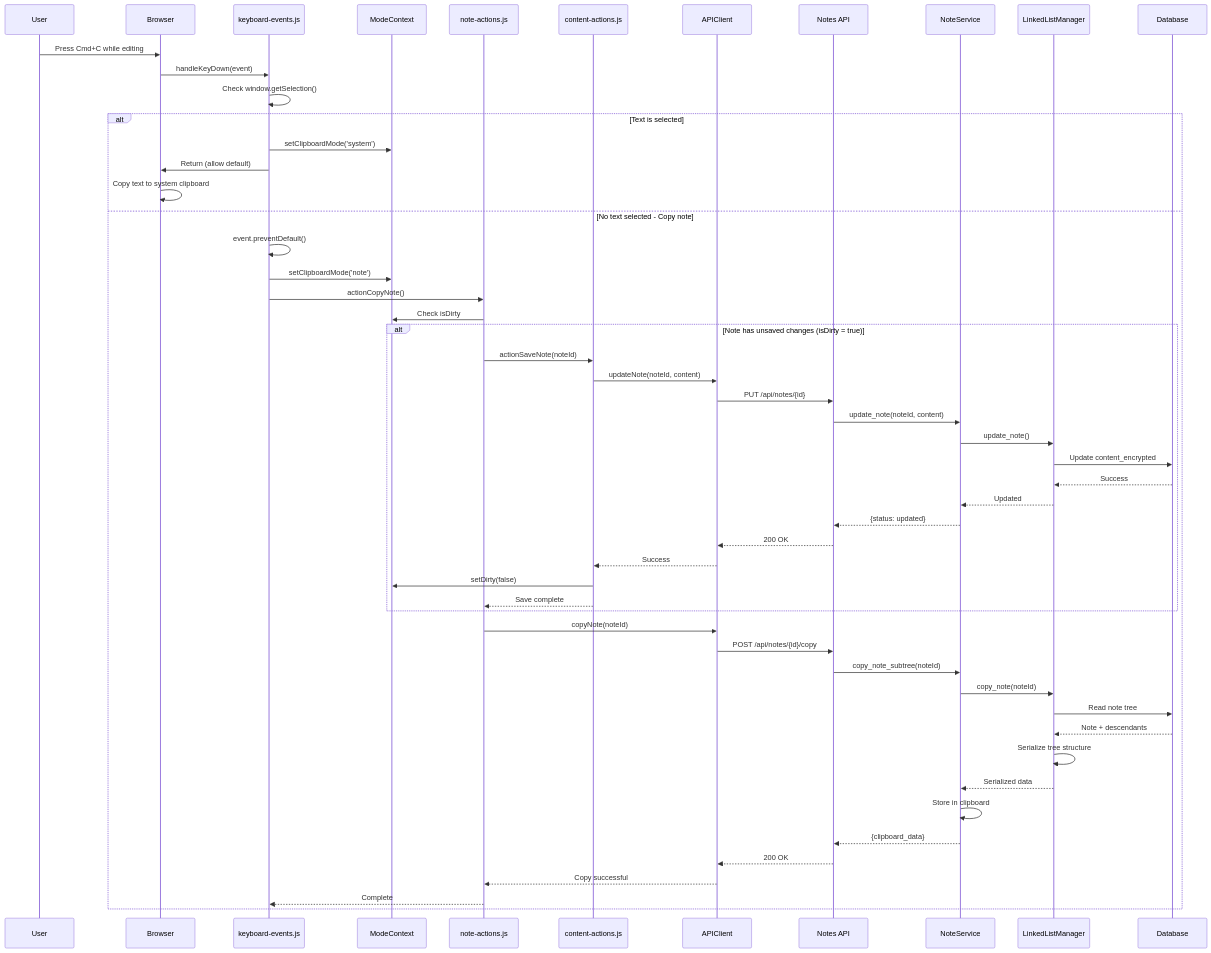
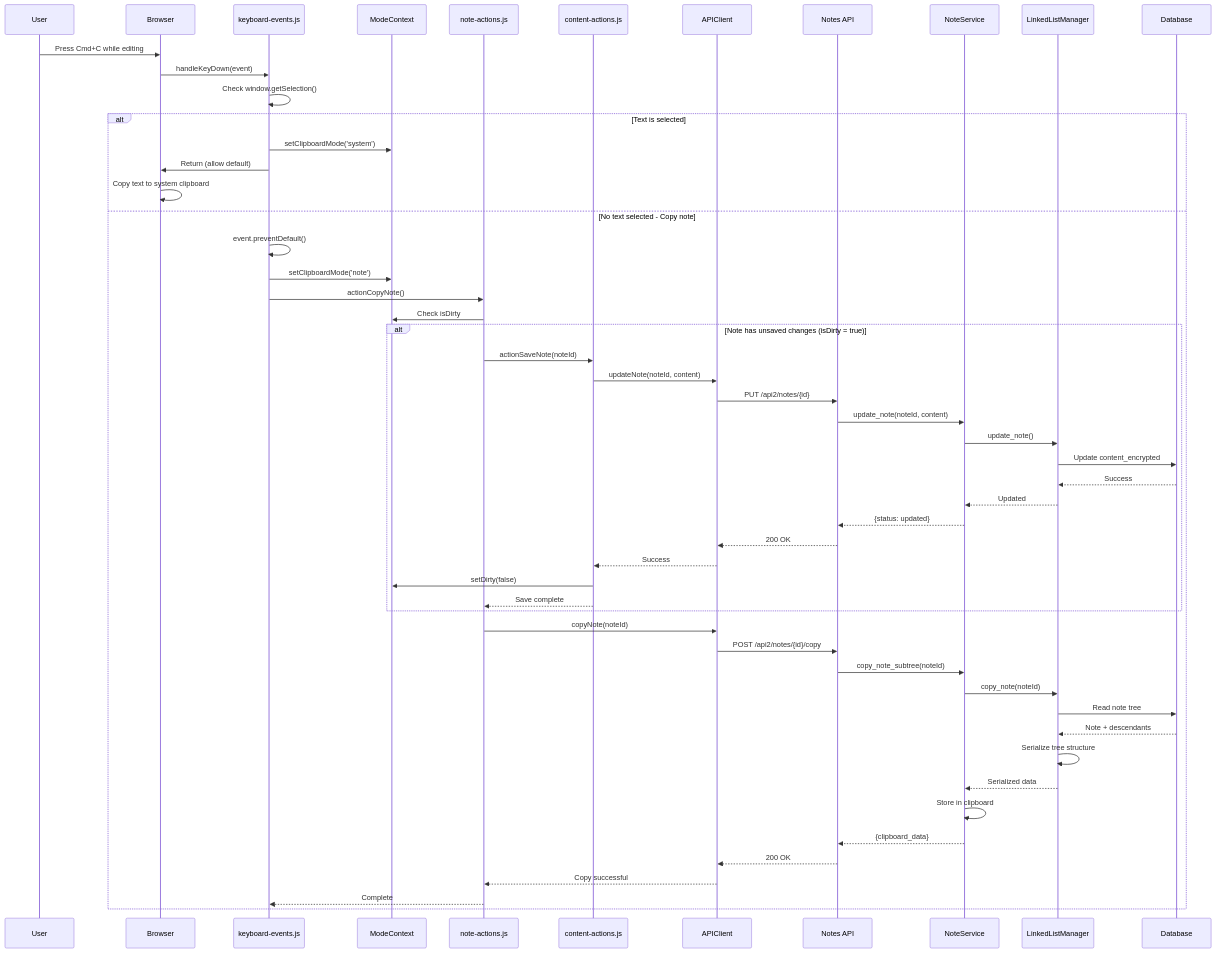
One commit to evolvingstuff/metalist changed the diagram in docs/diagrams/copy-note-flow.md. Above: the diagram before and after it, drawn with Mermaid. The commit also changed 7 other files, not shown here.

````diff
--- a/docs/diagrams/copy-note-flow.md
+++ b/docs/diagrams/copy-note-flow.md
@@ -5,59 +5,59 @@
 ```mermaid
 sequenceDiagram
     participant U as User
     participant Browser as Browser
     participant Keyboard as keyboard-events.js
     participant Context as ModeContext
     participant Actions as note-actions.js
     participant Content as content-actions.js
     participant API as APIClient
     participant Server as Notes API
     participant Service as NoteService
     participant LLM as LinkedListManager
     participant DB as Database
     
     U->>Browser: Press Cmd+C while editing
     Browser->>Keyboard: handleKeyDown(event)
     Keyboard->>Keyboard: Check window.getSelection()
     
     alt Text is selected
         Keyboard->>Context: setClipboardMode('system')
         Keyboard->>Browser: Return (allow default)
         Browser->>Browser: Copy text to system clipboard
     else No text selected - Copy note
         Keyboard->>Keyboard: event.preventDefault()
         Keyboard->>Context: setClipboardMode('note')
         Keyboard->>Actions: actionCopyNote()
         
         Actions->>Context: Check isDirty
         alt Note has unsaved changes (isDirty = true)
             Actions->>Content: actionSaveNote(noteId)
             Content->>API: updateNote(noteId, content)
-            API->>Server: PUT /api/notes/{id}
+            API->>Server: PUT /api2/notes/{id}
             Server->>Service: update_note(noteId, content)
             Service->>LLM: update_note()
             LLM->>DB: Update content_encrypted
             DB-->>LLM: Success
             LLM-->>Service: Updated
             Service-->>Server: {status: updated}
             Server-->>API: 200 OK
             API-->>Content: Success
             Content->>Context: setDirty(false)
             Content-->>Actions: Save complete
         end
         
         Actions->>API: copyNote(noteId)
-        API->>Server: POST /api/notes/{id}/copy
+        API->>Server: POST /api2/notes/{id}/copy
         Server->>Service: copy_note_subtree(noteId)
         Service->>LLM: copy_note(noteId)
         LLM->>DB: Read note tree
         DB-->>LLM: Note + descendants
         LLM->>LLM: Serialize tree structure
         LLM-->>Service: Serialized data
         Service->>Service: Store in clipboard
         Service-->>Server: {clipboard_data}
         Server-->>API: 200 OK
         API-->>Actions: Copy successful
         Actions-->>Keyboard: Complete
     end
 ```
````
